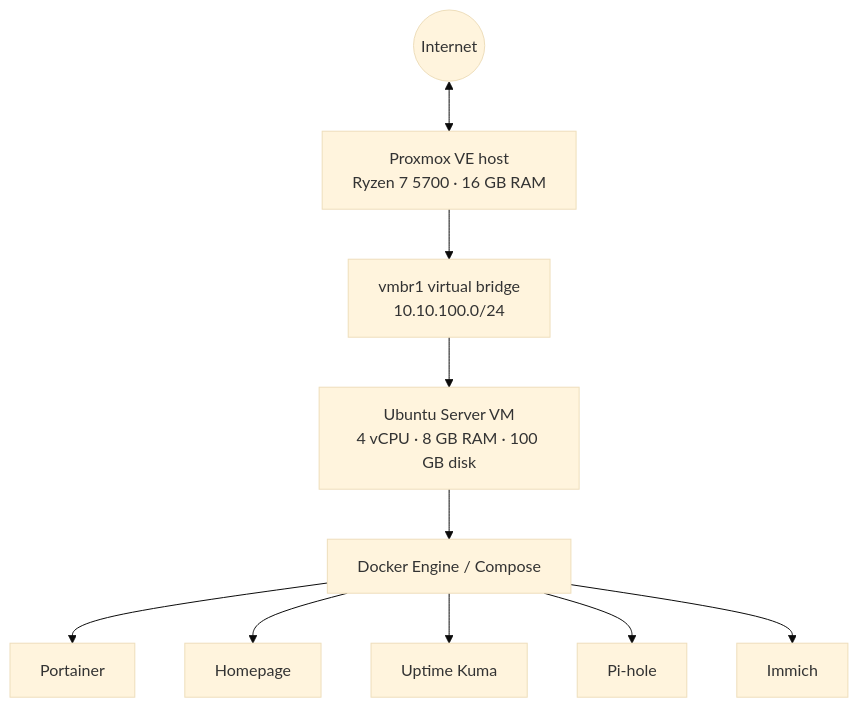
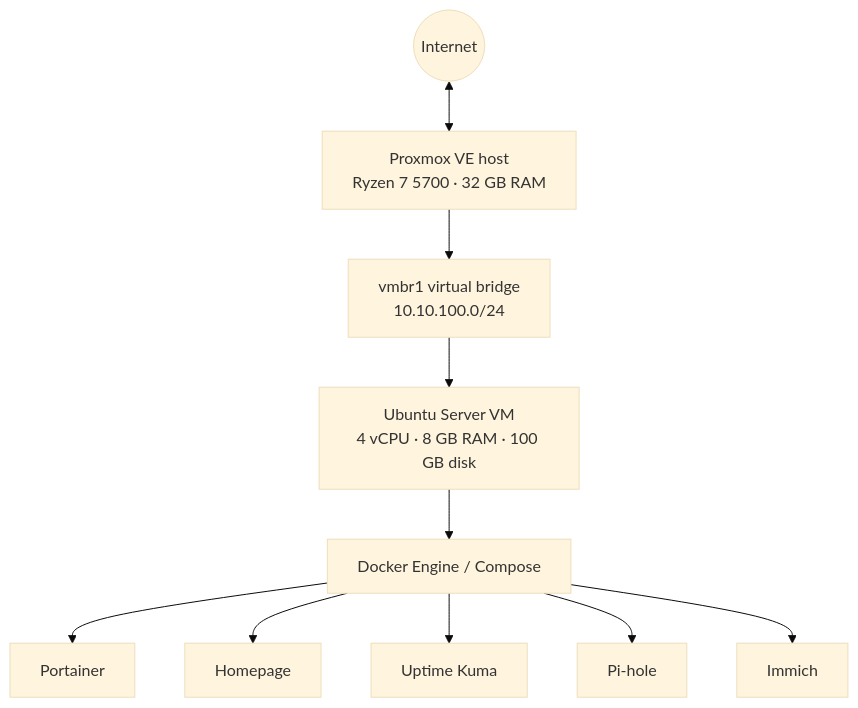
The diagram in README.md (zenexxy/home-lab), drawn with Mermaid (base theme) before and after one commit.

Commit message:
Update Proxmox VE host RAM specification in README

````diff
--- a/README.md
+++ b/README.md
@@ -73,23 +73,23 @@
 ```mermaid
 flowchart TB
     Internet((Internet))
-    Host["Proxmox VE host<br/>Ryzen 7 5700 · 16 GB RAM"]
+    Host["Proxmox VE host<br/>Ryzen 7 5700 · 32 GB RAM"]
     Bridge["vmbr1 virtual bridge<br/>10.10.100.0/24"]
     VM["Ubuntu Server VM<br/>4 vCPU · 8 GB RAM · 100 GB disk"]
     Docker["Docker Engine / Compose"]
     Portainer["Portainer"]
     Homepage["Homepage"]
     Kuma["Uptime Kuma"]
     PiHole["Pi-hole"]
     Immich["Immich"]
 
     Internet <--> Host
     Host --> Bridge
     Bridge --> VM
     VM --> Docker
     Docker --> Portainer
     Docker --> Homepage
     Docker --> Kuma
     Docker --> PiHole
     Docker --> Immich
 ```
````
